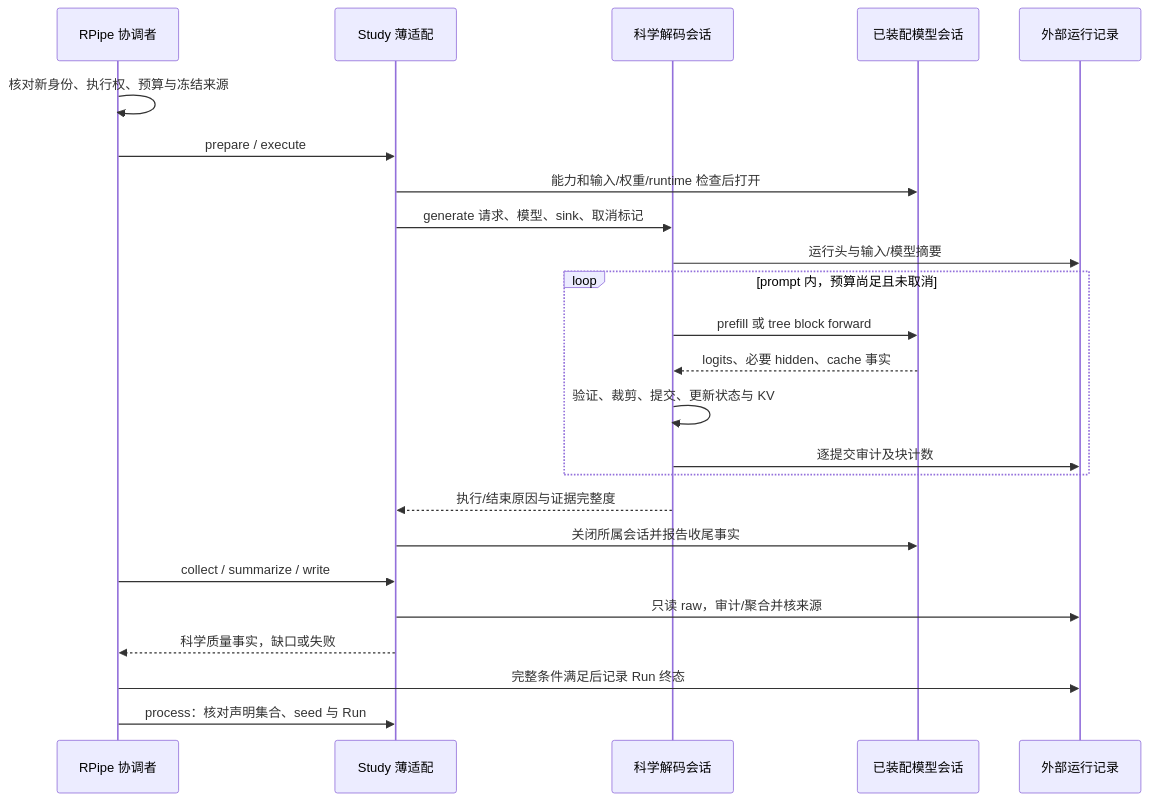
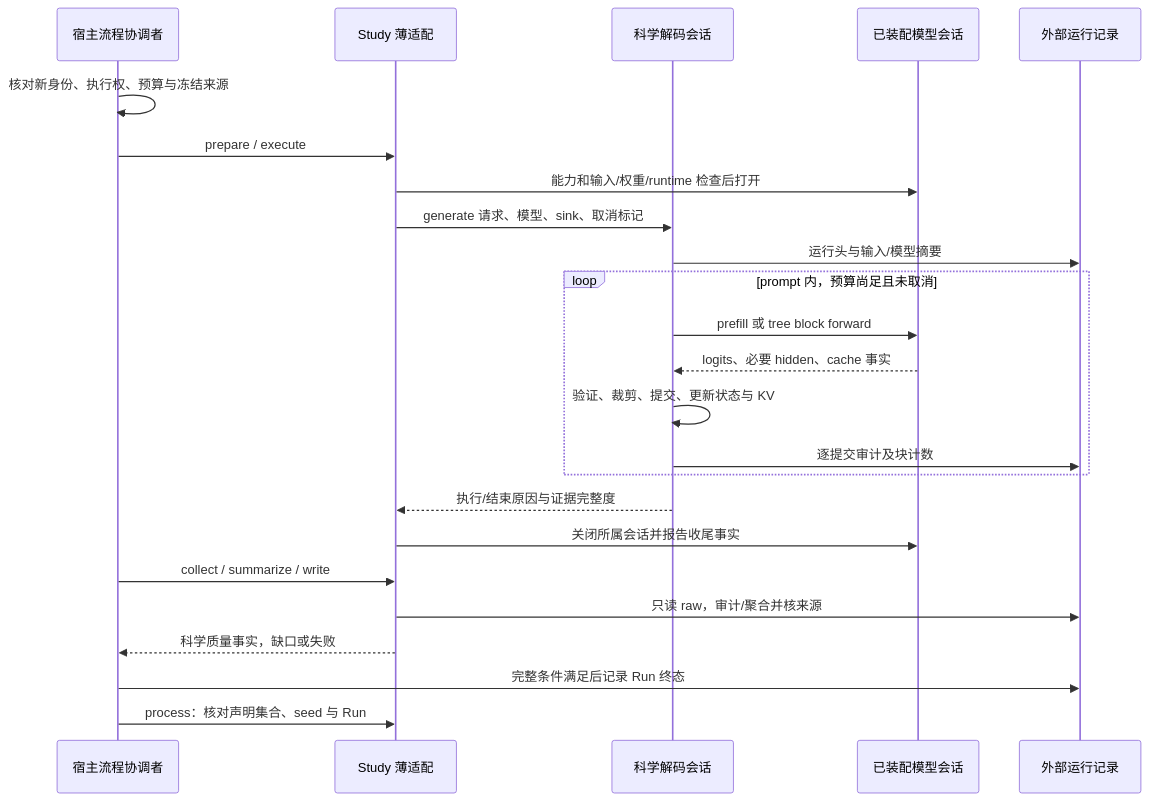
One commit to DreamSoul-AI/denoising-speculative-decoding changed the third of 4 diagrams in docs/架构设计 Architecture Design 去噪推测解码.md. Above: the diagram before and after it, drawn with Mermaid. The commit also changed other lines of this file and 91 other files, not shown here.

Commit message:
refactor: consolidate scientific host into structure and flow [skip ci]

````diff
--- a/docs/架构设计 Architecture Design 去噪推测解码.md
+++ b/docs/架构设计 Architecture Design 去噪推测解码.md
@@ -96,26 +96,26 @@
 ```mermaid
 sequenceDiagram
-    participant R as RPipe 协调者
+    participant R as 宿主流程协调者
     participant S as Study 薄适配
     participant D as 科学解码会话
     participant M as 已装配模型会话
     participant O as 外部运行记录
     R->>R: 核对新身份、执行权、预算与冻结来源
     R->>S: prepare / execute
     S->>M: 能力和输入/权重/runtime 检查后打开
     S->>D: generate 请求、模型、sink、取消标记
     D->>O: 运行头与输入/模型摘要
     loop prompt 内，预算尚足且未取消
         D->>M: prefill 或 tree block forward
         M-->>D: logits、必要 hidden、cache 事实
         D->>D: 验证、裁剪、提交、更新状态与 KV
         D->>O: 逐提交审计及块计数
     end
     D-->>S: 执行/结束原因与证据完整度
     S->>M: 关闭所属会话并报告收尾事实
     R->>S: collect / summarize / write
     S->>O: 只读 raw，审计/聚合并核来源
     S-->>R: 科学质量事实，缺口或失败
     R->>O: 完整条件满足后记录 Run 终态
     R->>S: process：核对声明集合、seed 与 Run
 ```
````
